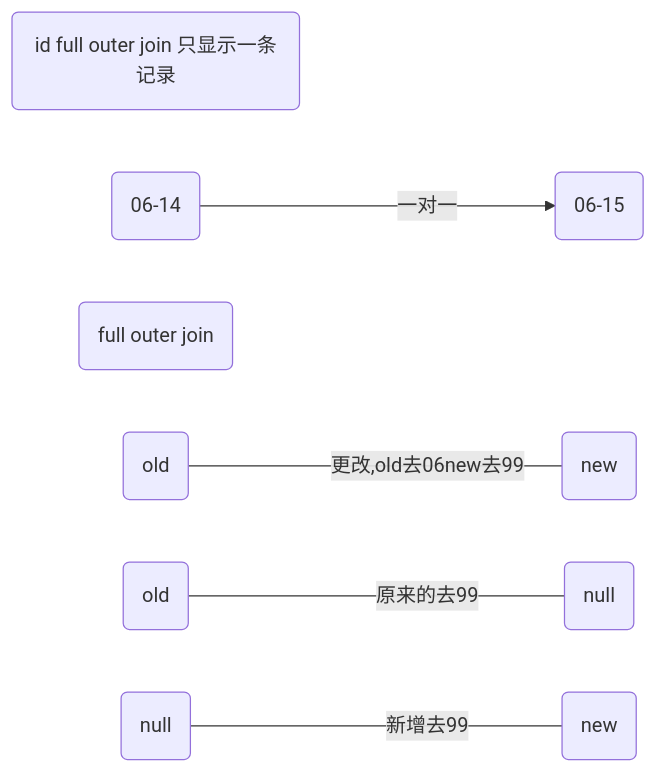
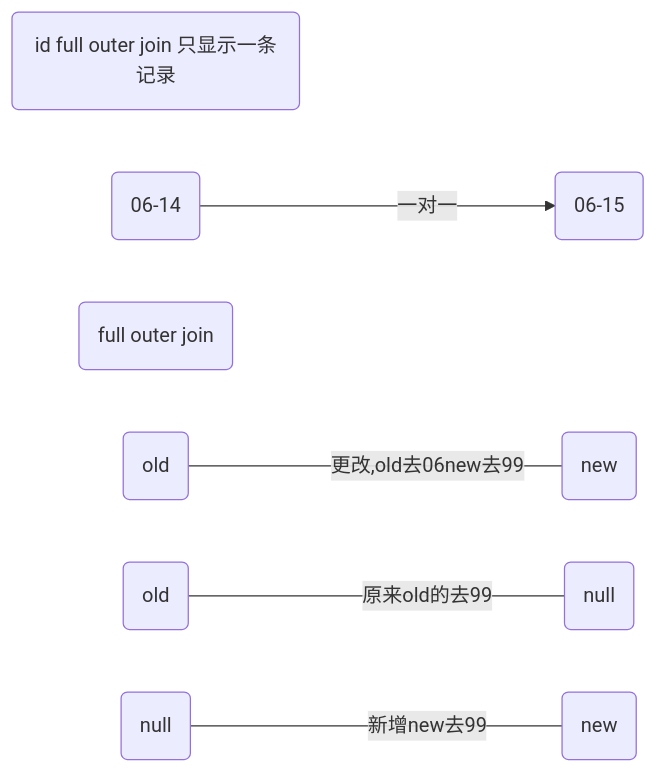
One commit to Harden-13/bigdata changed the seventh of 10 diagrams in hive/Hive_data_warehouse.md. Above: the diagram before and after it, drawn with Mermaid. The commit also changed other lines of this file and 2 other files, not shown here.

````diff
--- a/hive/Hive_data_warehouse.md
+++ b/hive/Hive_data_warehouse.md
@@ -779,9 +779,9 @@
 ```mermaid
 graph LR
 W(id full outer join 只显示一条记录)
 X(06-14)--一对一-->Y(06-15)
 Z(full outer join)
 A(old)--更改,old去06new去99---B(new)
-C(old)--原来的去99---D(null)
-E(null)--新增去99---F(new)
+C(old)--原来old的去99---D(null)
+E(null)--新增new去99---F(new)
 ```
````
